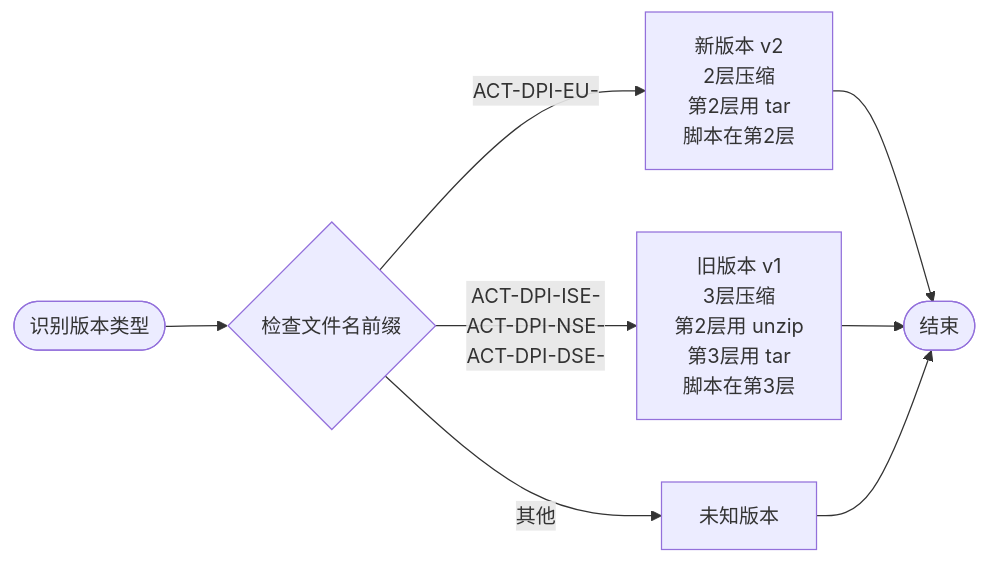
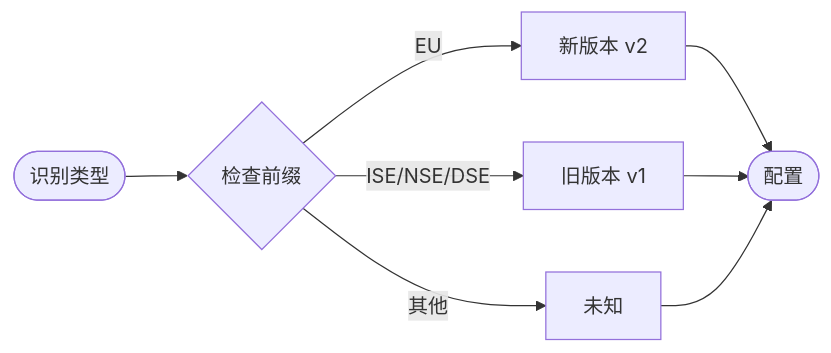
One commit to weihang1258/dpiAutoExcel changed diagram 13 of 42 in 逻辑流程文档.md. Above: the diagram before and after it, drawn with Mermaid. The commit also changed other lines of this file and 1 other file, not shown here.

First line of the commit message:
docs: 进一步优化流程图，统一字体大小和布局

````diff
--- a/逻辑流程文档.md
+++ b/逻辑流程文档.md
@@ -385,12 +381,10 @@
 ```mermaid
 graph LR
-    Start([识别版本类型]) --> A{检查文件名前缀}
-
-    A -->|ACT-DPI-EU-| B[新版本 v2<br/>2层压缩<br/>第2层用 tar<br/>脚本在第2层]
-    A -->|ACT-DPI-ISE-<br/>ACT-DPI-NSE-<br/>ACT-DPI-DSE-| C[旧版本 v1<br/>3层压缩<br/>第2层用 unzip<br/>第3层用 tar<br/>脚本在第3层]
-    A -->|其他| D[未知版本]
-
-    B --> End([返回配置])
+    Start([识别类型]) --> A{检查前缀}
+    A -->|EU| B[新版本 v2]
+    A -->|ISE/NSE/DSE| C[旧版本 v1]
+    A -->|其他| D[未知]
+    B --> End([配置])
     C --> End
-    D --> End([结束])
+    D --> End
 ```
````
